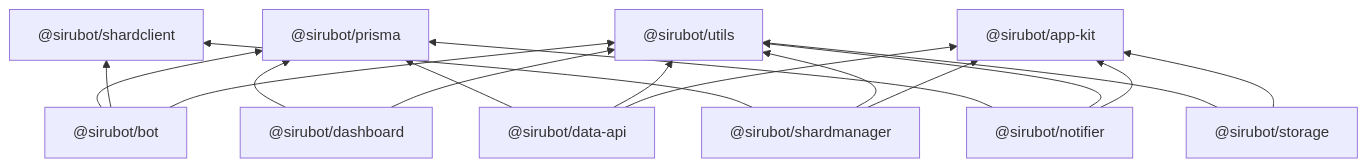
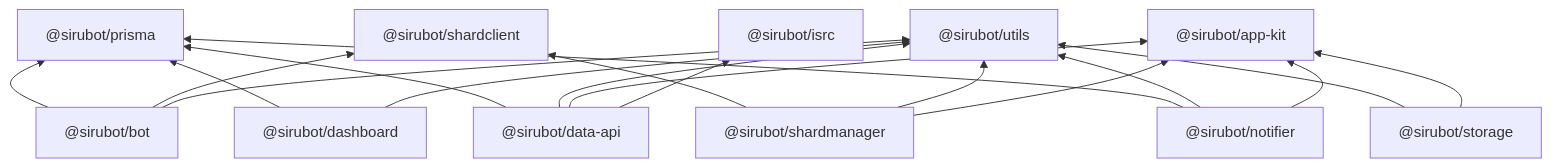
The second of 10 diagrams in docs/architecture.md (mochilabs/SiruBOT), drawn with Mermaid before and after one commit. The commit also changed other lines of this file and 6 other files, not shown here.

````diff
--- a/docs/architecture.md
+++ b/docs/architecture.md
@@ -116,30 +117,32 @@
 ```mermaid
 graph BT
     prisma["@sirubot/prisma"]
     sc["@sirubot/shardclient"]
     utils["@sirubot/utils"]
     ak["@sirubot/app-kit"]
+    isrc["@sirubot/isrc"]
     bot["@sirubot/bot"]
     da["@sirubot/data-api"]
     dash["@sirubot/dashboard"]
     sm["@sirubot/shardmanager"]
     storage["@sirubot/storage"]
     notifier["@sirubot/notifier"]
 
     bot --> prisma
     bot --> sc
     bot --> utils
     da --> prisma
     da --> utils
     da --> ak
+    da --> isrc
     dash --> prisma
     dash --> utils
     sm --> sc
     sm --> utils
     sm --> ak
     storage --> utils
     storage --> ak
     notifier --> prisma
     notifier --> utils
     notifier --> ak
 ```
````
